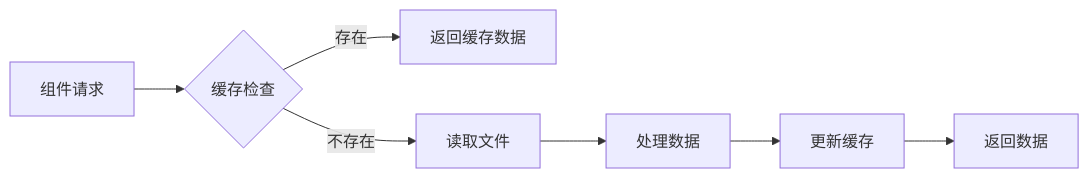
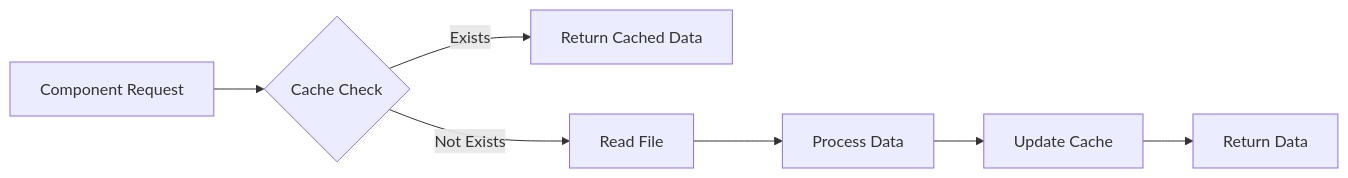
One commit to zhixiaoqiang/antd-components-mcp changed the fourth of 4 diagrams in README.md. Above: the diagram before and after it, drawn with Mermaid. The commit also changed other lines of this file and 2 other files, not shown here.

````diff
--- a/README.md
+++ b/README.md
@@ -260,9 +265,9 @@
 ```mermaid
 flowchart LR
-    Request[组件请求] --> CacheCheck{缓存检查}
-    CacheCheck -->|存在| ReturnCache[返回缓存数据]
-    CacheCheck -->|不存在| ReadFile[读取文件]
-    ReadFile --> ProcessData[处理数据]
-    ProcessData --> UpdateCache[更新缓存]
-    UpdateCache --> ReturnData[返回数据]
+    Request[Component Request] --> CacheCheck{Cache Check}
+    CacheCheck -->|Exists| ReturnCache[Return Cached Data]
+    CacheCheck -->|Not Exists| ReadFile[Read File]
+    ReadFile --> ProcessData[Process Data]
+    ProcessData --> UpdateCache[Update Cache]
+    UpdateCache --> ReturnData[Return Data]
 ```
````
